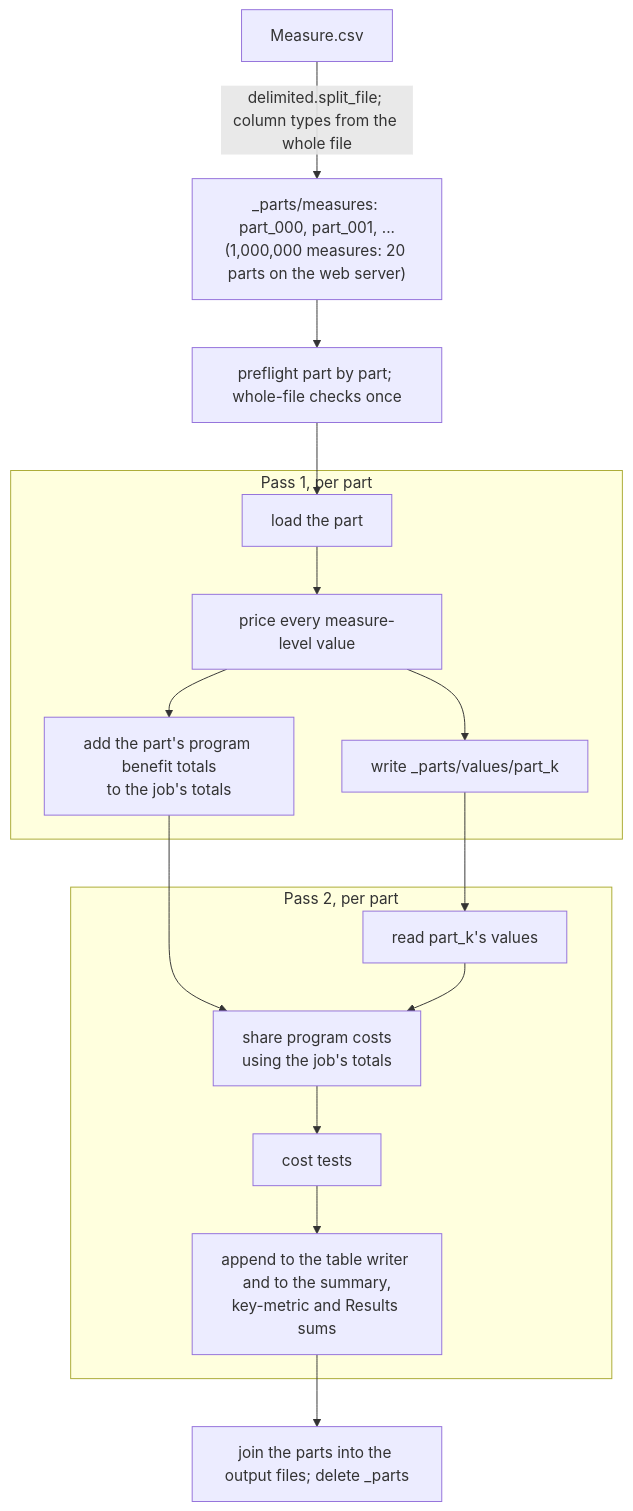
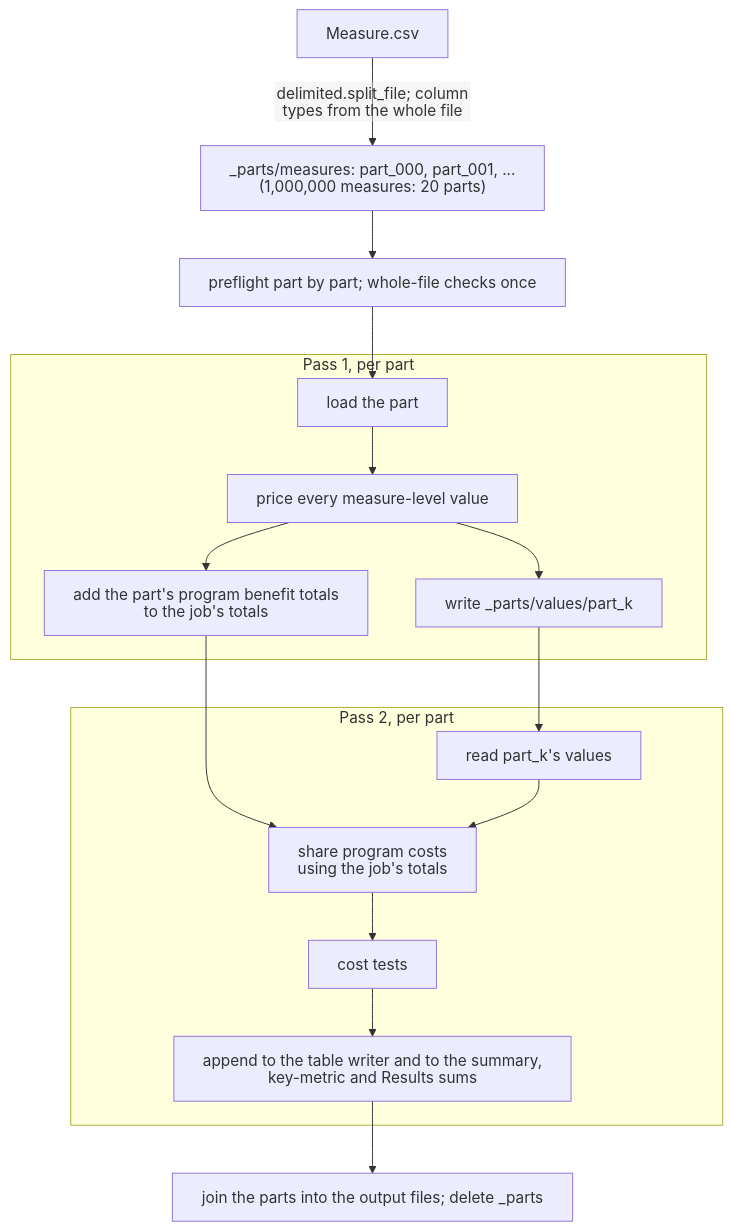
Before and after one commit to JRichardson-PGE/ReCET: the fourth of 7 diagrams in recet/docs/ARCHITECTURE.md, drawn with Mermaid. The commit also changed other lines of this file and 8 other files, not shown here.

First line of the commit message:
Default part size 50,000; diagrams drawn with SVG text so labels are never cut off

````diff
--- a/recet/docs/ARCHITECTURE.md
+++ b/recet/docs/ARCHITECTURE.md
@@ -193,17 +213,24 @@
 ```mermaid
+---
+config:
+  htmlLabels: false
+  flowchart:
+    htmlLabels: false
+    wrappingWidth: 400
+---
 flowchart TB
-    m["Measure.csv"] -->|"delimited.split_file; column types from the whole file"| parts["_parts/measures: part_000, part_001, ...<br/>(1,000,000 measures: 20 parts on the web server)"]
+    m["Measure.csv"] -->|"delimited.split_file; column types from the whole file"| parts["_parts/measures: part_000, part_001, ...<br/>(1,000,000 measures: 20 parts)"]
     parts --> pf["preflight part by part; whole-file checks once"]
     pf --> p1
     subgraph P1["Pass 1, per part"]
         p1["load the part"] --> v["price every measure-level value"] --> w1["write _parts/values/part_k"]
         v --> tot["add the part's program benefit totals<br/>to the job's totals"]
     end
     w1 --> p2
     tot --> share
     subgraph P2["Pass 2, per part"]
         p2["read part_k's values"] --> share["share program costs<br/>using the job's totals"] --> ct["cost tests"]
         ct --> acc["append to the table writer and to the summary,<br/>key-metric and Results sums"]
     end
     acc --> join["join the parts into the output files; delete _parts"]
 ```
````
